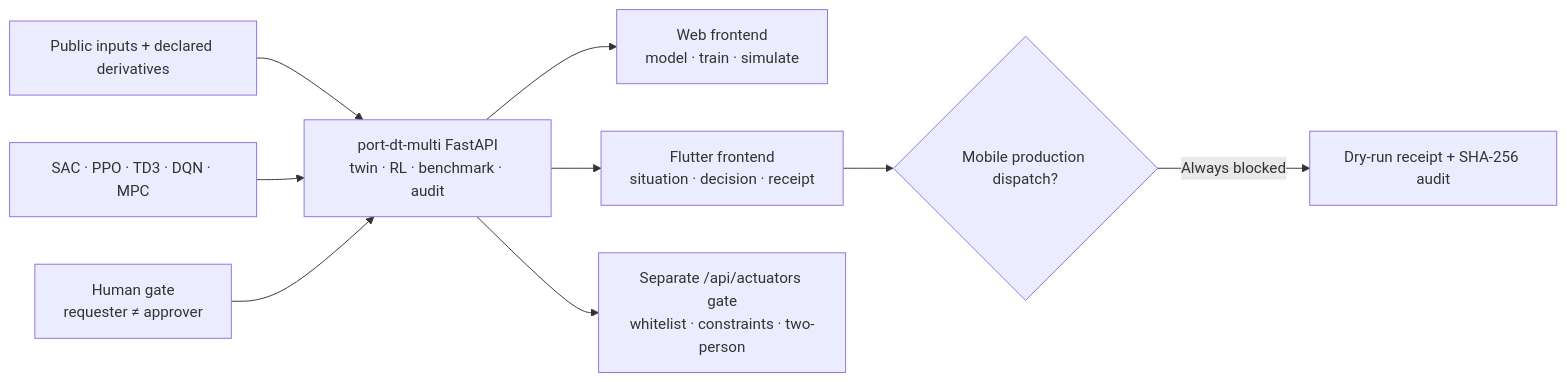
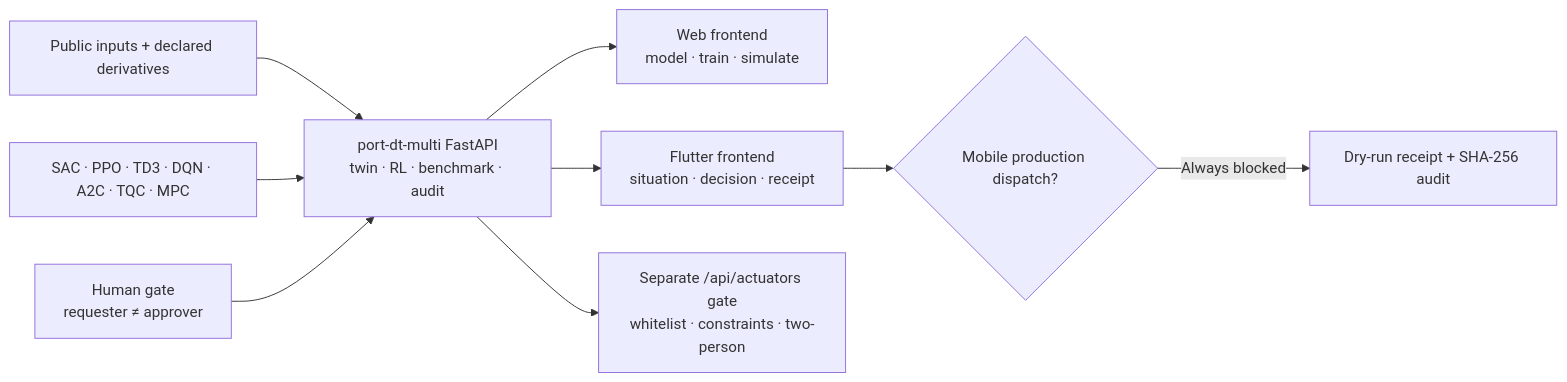
Before and after one commit to wenjiayi123/dt-mobile-app: the diagram in README.md, drawn with Mermaid. The commit also changed other lines of this file and 29 other files, not shown here.

````diff
--- a/README.md
+++ b/README.md
@@ -76,11 +89,11 @@
 ```mermaid
 flowchart LR
   A["Public inputs + declared derivatives"] --> B["port-dt-multi FastAPI<br/>twin · RL · benchmark · audit"]
   B --> C["Web frontend<br/>model · train · simulate"]
   B --> D["Flutter frontend<br/>situation · decision · receipt"]
-  E["SAC · PPO · TD3 · DQN · MPC"] --> B
+  E["SAC · PPO · TD3 · DQN · A2C · TQC · MPC"] --> B
   F["Human gate<br/>requester ≠ approver"] --> B
   D --> G{"Mobile production dispatch?"}
   G -- "Always blocked" --> H["Dry-run receipt + SHA-256 audit"]
   B --> I["Separate /api/actuators gate<br/>whitelist · constraints · two-person"]
 ```
````
